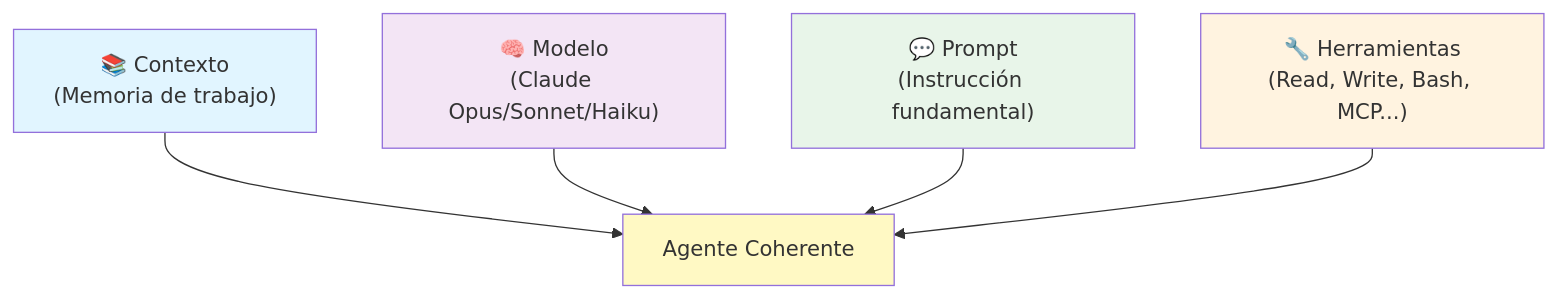
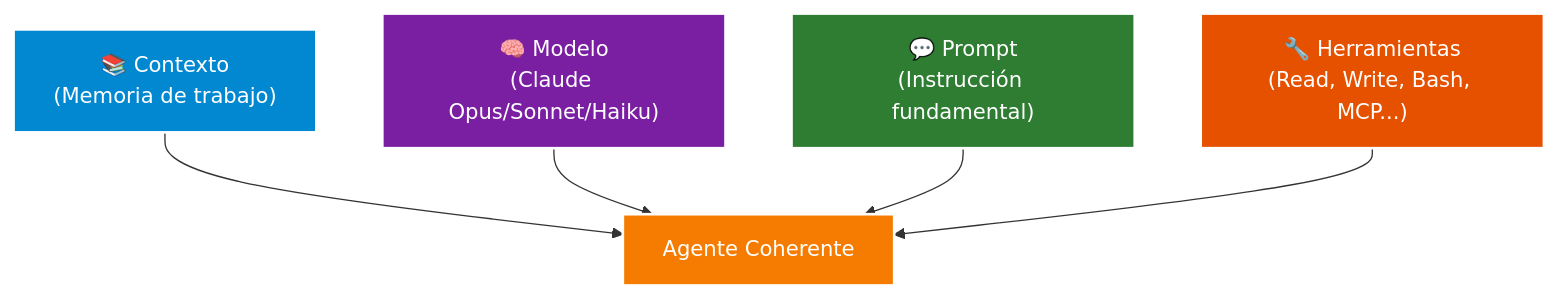
One commit to CodigoSinSiesta/codigosinsiesta.github.io changed the first of 8 diagrams in docs/herramientas/claude-code-skills-mcp.md. Above: the diagram before and after it, drawn with Mermaid. The commit also changed other lines of this file, not shown here.

First line of the commit message:
docs: Mejorar contraste de colores en diagramas Mermaid

````diff
--- a/docs/herramientas/claude-code-skills-mcp.md
+++ b/docs/herramientas/claude-code-skills-mcp.md
@@ -30,20 +30,20 @@
 ```mermaid
-flowchart TB
+graph TB
     A["📚 Contexto<br/>(Memoria de trabajo)"]
     B["🧠 Modelo<br/>(Claude Opus/Sonnet/Haiku)"]
     C["💬 Prompt<br/>(Instrucción fundamental)"]
     D["🔧 Herramientas<br/>(Read, Write, Bash, MCP...)"]
 
     E["Agente Coherente"]
 
     A --> E
     B --> E
     C --> E
     D --> E
 
-    style A fill:#e1f5ff
-    style B fill:#f3e5f5
-    style C fill:#e8f5e9
-    style D fill:#fff3e0
-    style E fill:#fff9c4
+    style A fill:#0288d1,stroke:#fff,stroke-width:2px,color:#fff
+    style B fill:#7b1fa2,stroke:#fff,stroke-width:2px,color:#fff
+    style C fill:#2e7d32,stroke:#fff,stroke-width:2px,color:#fff
+    style D fill:#e65100,stroke:#fff,stroke-width:2px,color:#fff
+    style E fill:#f57c00,stroke:#fff,stroke-width:2px,color:#fff
 ```
````
